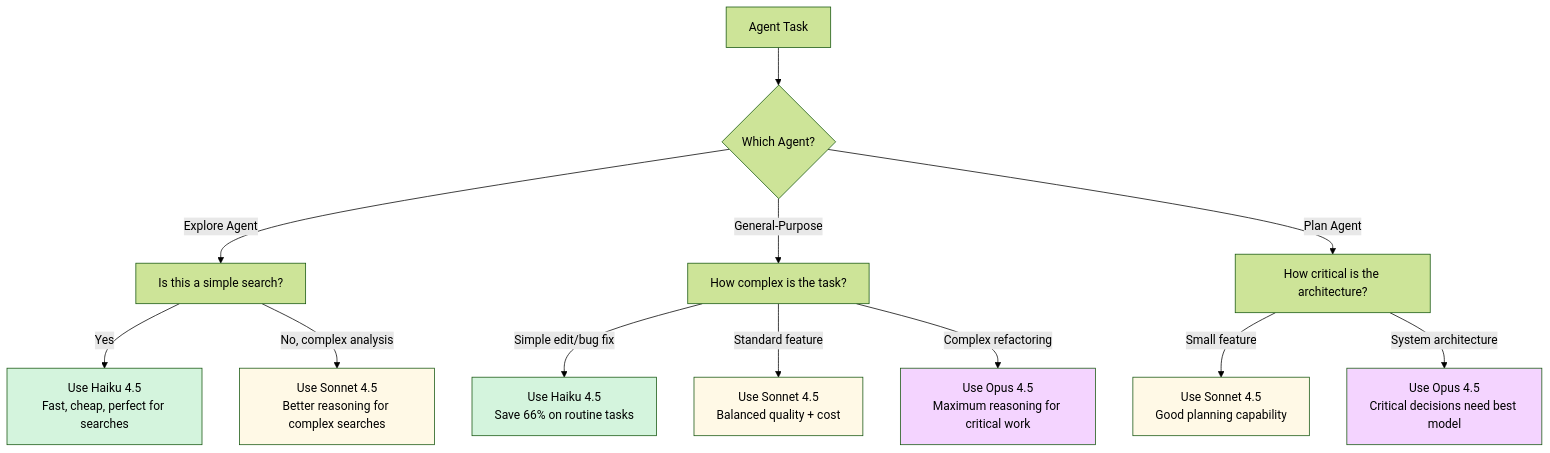
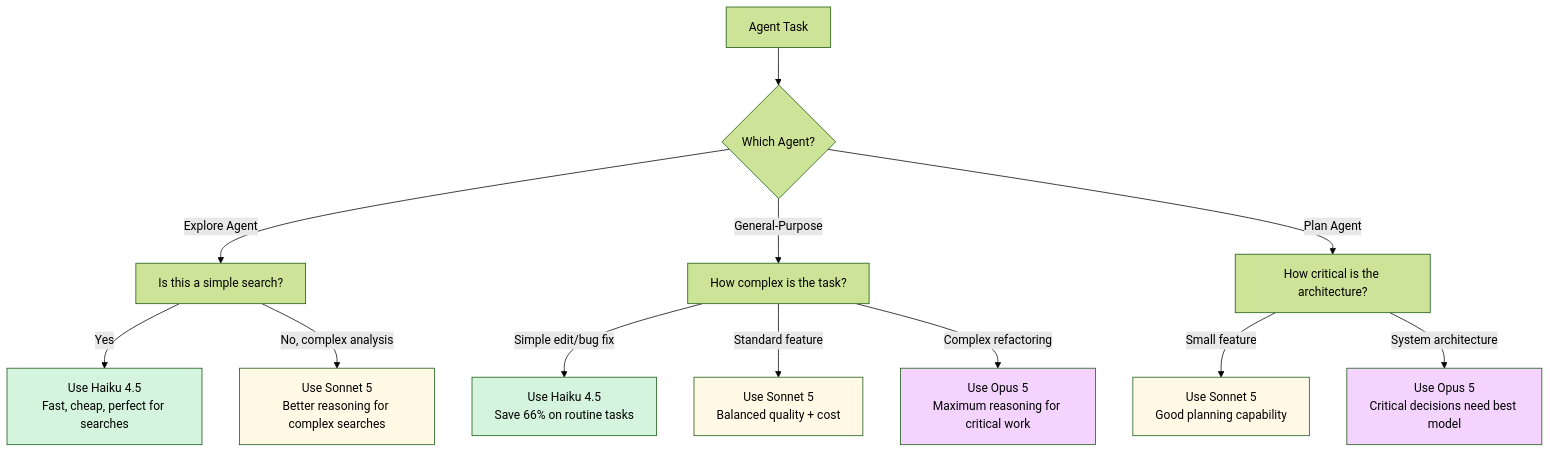
One commit to sxntixgo/claudecode-documentation changed the second of 2 diagrams in guides/03-agents/3-model-assignment.md. Above: the diagram before and after it, drawn with Mermaid (forest theme). The commit also changed other lines of this file and 24 other files, not shown here.

````diff
--- a/guides/03-agents/3-model-assignment.md
+++ b/guides/03-agents/3-model-assignment.md
@@ -336,28 +336,28 @@
 ```mermaid
 graph TD
     Start["Agent Task"]
 
     Start --> AgentType{"Which Agent?"}
 
     AgentType -->|Explore Agent| ExploreQ["Is this a simple search?"]
     AgentType -->|General-Purpose| GeneralQ["How complex is the task?"]
     AgentType -->|Plan Agent| PlanQ["How critical is the architecture?"]
 
     ExploreQ -->|Yes| UseHaiku1["Use Haiku 4.5<br/>Fast, cheap, perfect for searches"]
-    ExploreQ -->|No, complex analysis| UseSonnet1["Use Sonnet 4.5<br/>Better reasoning for complex searches"]
+    ExploreQ -->|No, complex analysis| UseSonnet1["Use Sonnet 5<br/>Better reasoning for complex searches"]
 
     GeneralQ -->|Simple edit/bug fix| UseHaiku2["Use Haiku 4.5<br/>Save 66% on routine tasks"]
-    GeneralQ -->|Standard feature| UseSonnet2["Use Sonnet 4.5<br/>Balanced quality + cost"]
-    GeneralQ -->|Complex refactoring| UseOpus1["Use Opus 4.5<br/>Maximum reasoning for critical work"]
+    GeneralQ -->|Standard feature| UseSonnet2["Use Sonnet 5<br/>Balanced quality + cost"]
+    GeneralQ -->|Complex refactoring| UseOpus1["Use Opus 5<br/>Maximum reasoning for critical work"]
 
-    PlanQ -->|Small feature| UseSonnet3["Use Sonnet 4.5<br/>Good planning capability"]
-    PlanQ -->|System architecture| UseOpus2["Use Opus 4.5<br/>Critical decisions need best model"]
+    PlanQ -->|Small feature| UseSonnet3["Use Sonnet 5<br/>Good planning capability"]
+    PlanQ -->|System architecture| UseOpus2["Use Opus 5<br/>Critical decisions need best model"]
 
     style UseHaiku1 fill:#d4f4dd
     style UseHaiku2 fill:#d4f4dd
     style UseSonnet1 fill:#fff9e6
     style UseSonnet2 fill:#fff9e6
     style UseSonnet3 fill:#fff9e6
     style UseOpus1 fill:#f4d4ff
     style UseOpus2 fill:#f4d4ff
 ```
````
